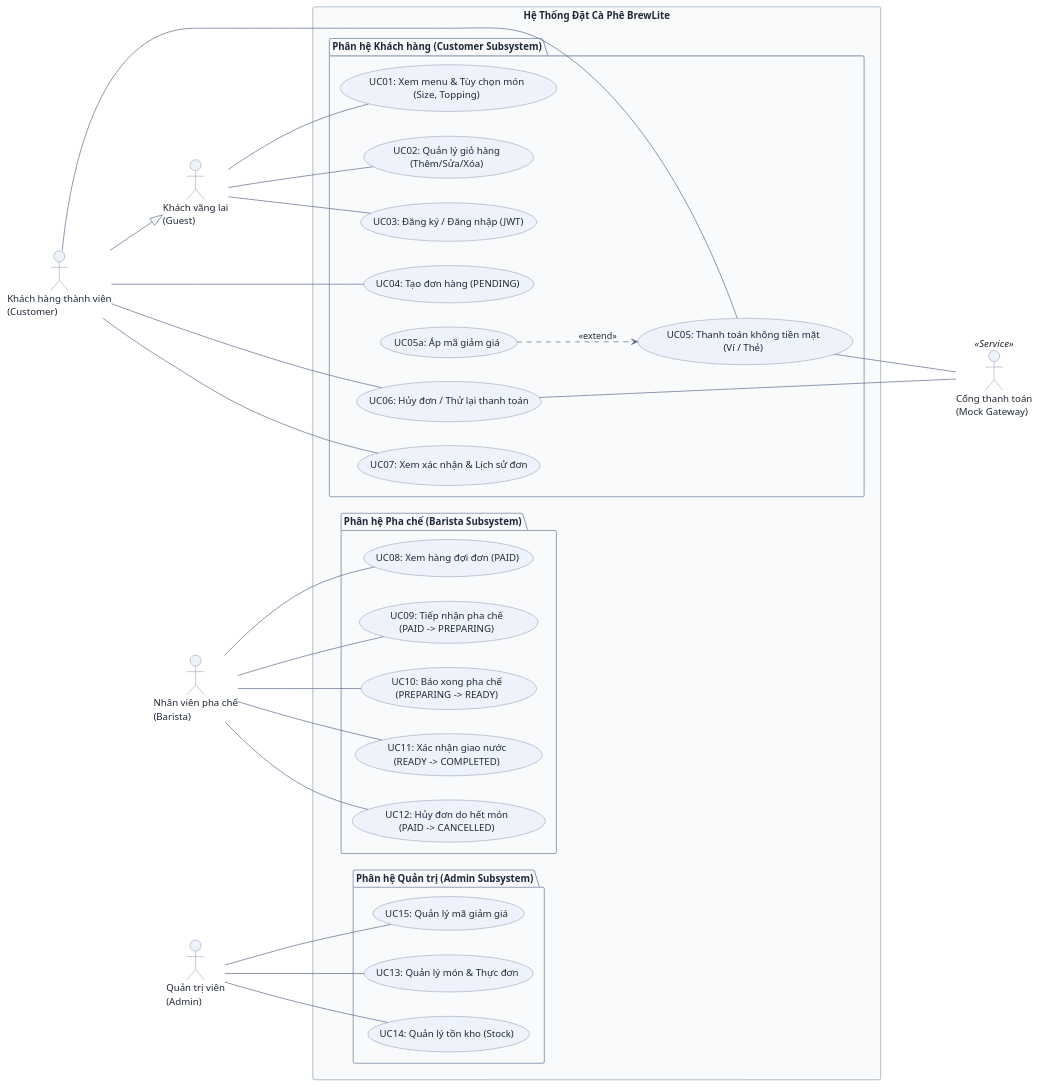
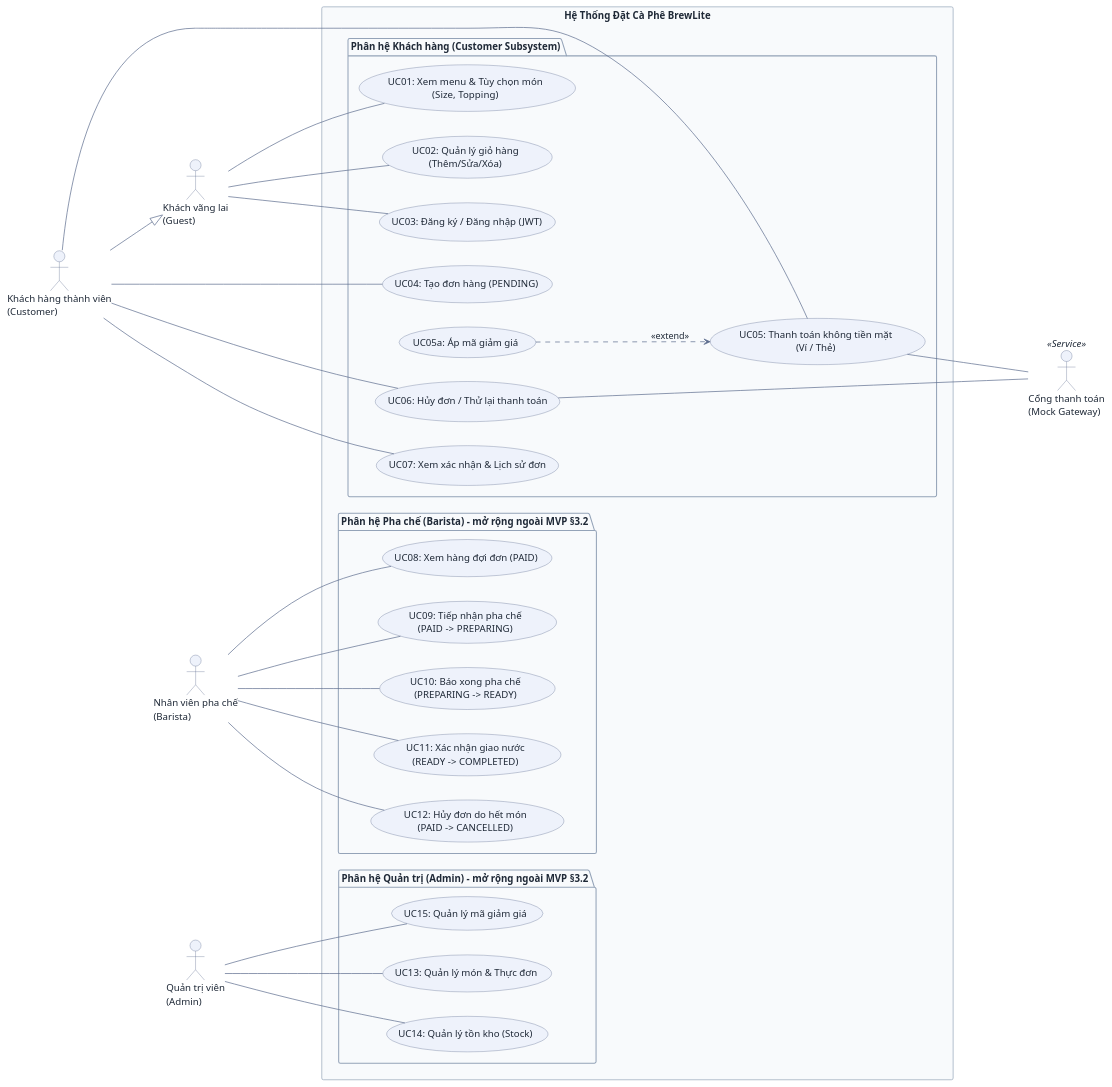
The first of 2 diagrams in docs/use-case-specifications.md (DuVinhLoi/BrewLite), drawn with PlantUML before and after one commit. The commit also changed other lines of this file and 2 other files, not shown here.

First line of the commit message:
docs: use-case 16 UC co cot Trang thai hien thuc; dong bo sequence va scrum-process ve pham vi Barista/Admin

```diff
--- a/docs/use-case-specifications.md
+++ b/docs/use-case-specifications.md
@@ -73,7 +73,7 @@
   }
 
   ' --- PHÂN HỆ PHA CHẾ (BARISTA SUBSYSTEM) ---
-  package "Phân hệ Pha chế (Barista Subsystem)" {
+  package "Phân hệ Pha chế (Barista) – mở rộng ngoài MVP §3.2" {
     usecase "UC08: Xem hàng đợi đơn (PAID)" as UC08
     usecase "UC09: Tiếp nhận pha chế\n(PAID -> PREPARING)" as UC09
     usecase "UC10: Báo xong pha chế\n(PREPARING -> READY)" as UC10
@@ -82,7 +82,7 @@
   }
 
   ' --- PHÂN HỆ QUẢN TRỊ (ADMIN SUBSYSTEM) ---
-  package "Phân hệ Quản trị (Admin Subsystem)" {
+  package "Phân hệ Quản trị (Admin) – mở rộng ngoài MVP §3.2" {
     usecase "UC13: Quản lý món & Thực đơn" as UC13
     usecase "UC14: Quản lý tồn kho (Stock)" as UC14
     usecase "UC15: Quản lý mã giảm giá" as UC15
```
